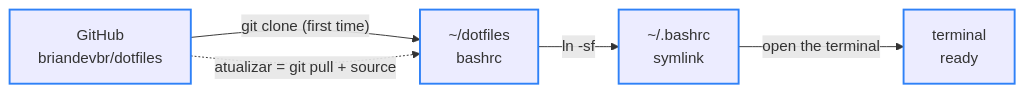
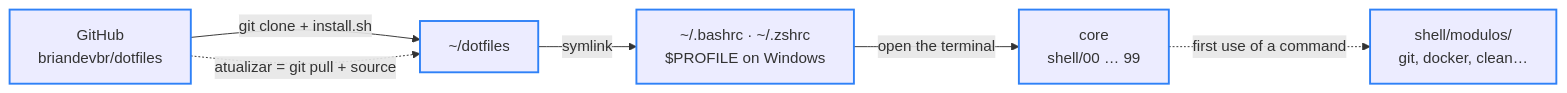
The diagram in README.en.md (briandevbr/dotfiles), drawn with Mermaid before and after one commit. The commit also changed other lines of this file and 1 other file, not shown here.

````diff
--- a/README.en.md
+++ b/README.en.md
@@ -119,9 +205,10 @@
 ```mermaid
 flowchart LR
-  A["GitHub<br/>briandevbr/dotfiles"] -- "git clone (first time)" --> B["~/dotfiles<br/>bashrc"]
-  B -- "ln -sf" --> C["~/.bashrc<br/>symlink"]
-  C -- "open the terminal" --> D["terminal<br/>ready"]
+  A["GitHub<br/>briandevbr/dotfiles"] -- "git clone + install.sh" --> B["~/dotfiles"]
+  B -- "symlink" --> C["~/.bashrc · ~/.zshrc<br/>$PROFILE on Windows"]
+  C -- "open the terminal" --> D["core<br/>shell/00 … 99"]
+  D -. "first use of a command" .-> E["shell/modulos/<br/>git, docker, clean…"]
   A -. "atualizar = git pull + source" .-> B
   classDef done stroke:#2f81f7,stroke-width:2px
-  class A,B,C,D done
+  class A,B,C,D,E done
 ```
````
